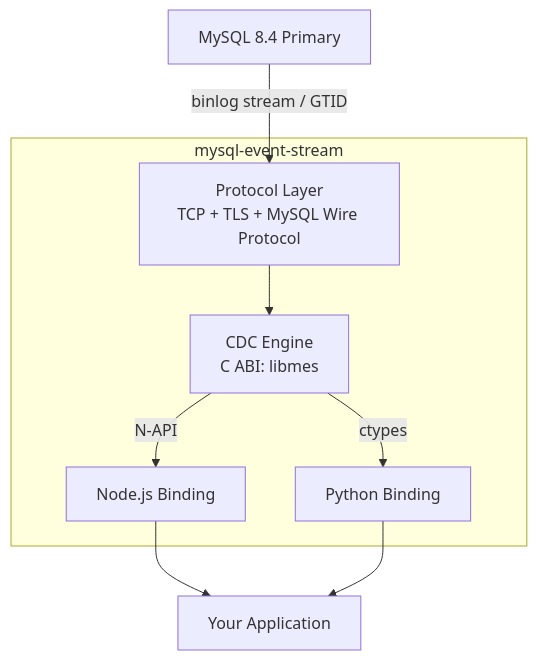
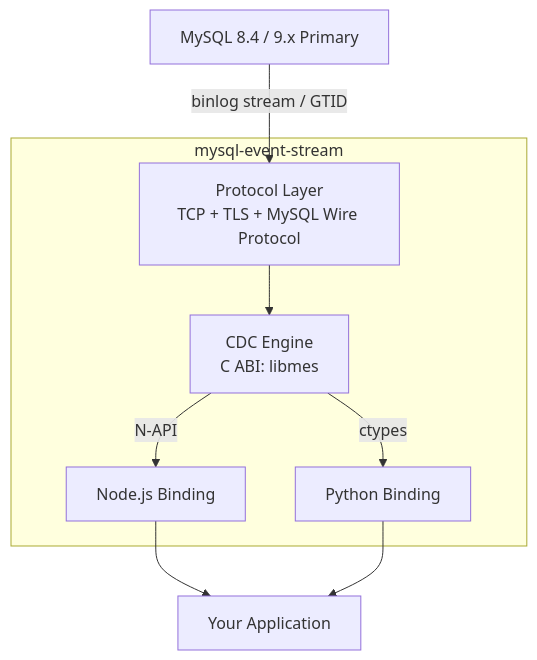
One commit to libraz/mysql-event-stream changed the diagram in README.md. Above: the diagram before and after it, drawn with Mermaid. The commit also changed other lines of this file, not shown here.

First line of the commit message:
docs: Update README badges, MySQL version references, and feature list

````diff
--- a/README.md
+++ b/README.md
@@ -18,13 +23,13 @@
 ```mermaid
 graph TD
-    MySQL[MySQL 8.4 Primary] -->|binlog stream / GTID| Proto
+    MySQL[MySQL 8.4 / 9.x Primary] -->|binlog stream / GTID| Proto
 
     subgraph mysql-event-stream
         Proto[Protocol Layer\nTCP + TLS + MySQL Wire Protocol] --> Core[CDC Engine\nC ABI: libmes]
         Core -->|N-API| Node[Node.js Binding]
         Core -->|ctypes| Python[Python Binding]
     end
 
     Node --> App[Your Application]
     Python --> App
 ```
````
